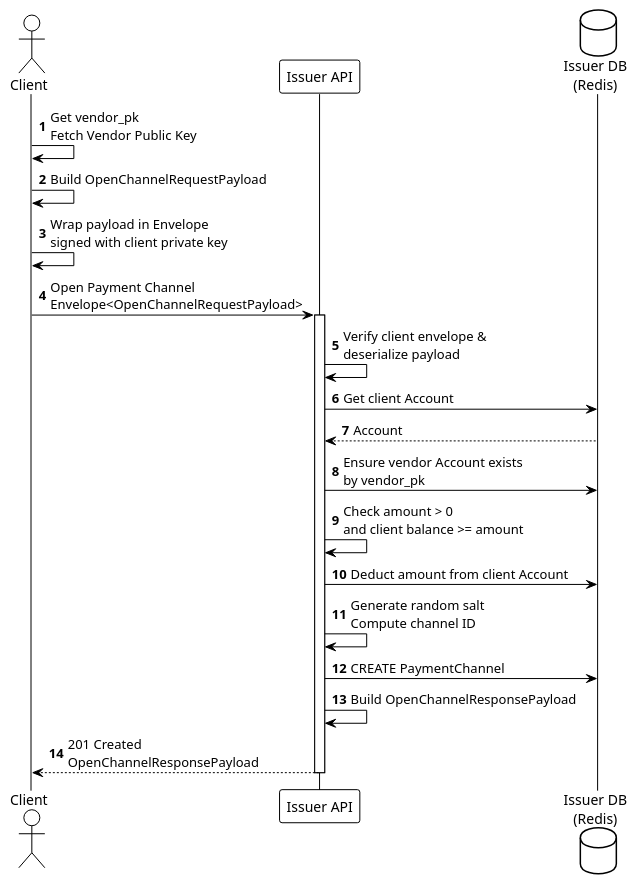
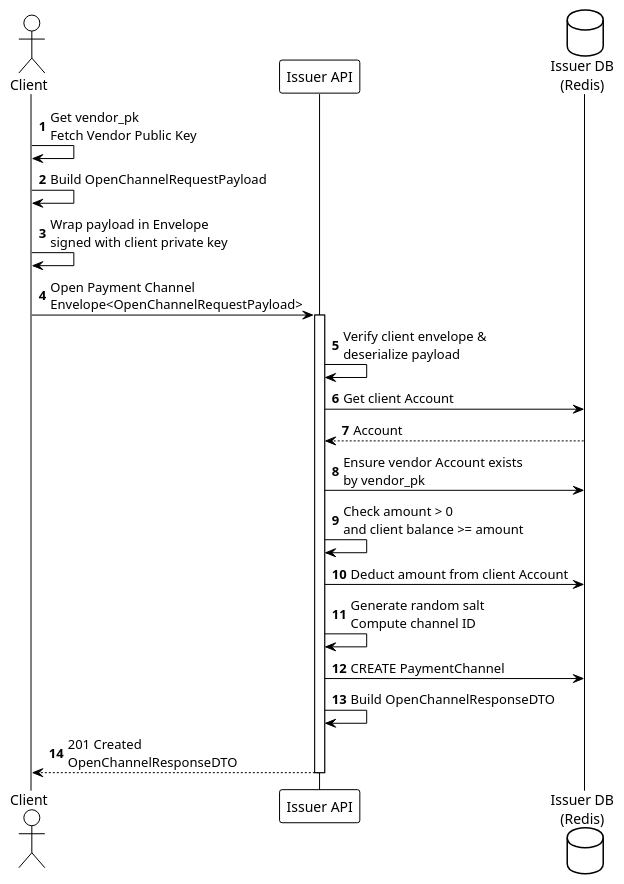
One commit to otaviootavio/nanomoni changed the diagram in umls/phase1b-channel-opening.puml. Above: the diagram before and after it, drawn with PlantUML. The commit also changed 23 other files, not shown here.

```diff
--- a/umls/phase1b-channel-opening.puml
+++ b/umls/phase1b-channel-opening.puml
@@ -1,36 +1,36 @@
 @startuml Phase1b_Channel_Opening
 
 !theme plain
 autonumber
 
 actor "Client" as Client
 participant "Issuer API" as Issuer
 database "Issuer DB\n(Redis)" as IssuerDB
 
 Client -> Client: Get vendor_pk\nFetch Vendor Public Key
 
 Client -> Client: Build OpenChannelRequestPayload
 Client -> Client: Wrap payload in Envelope\nsigned with client private key
 
 Client -> Issuer: Open Payment Channel\nEnvelope<OpenChannelRequestPayload>
 activate Issuer
 
 Issuer -> Issuer: Verify client envelope &\ndeserialize payload
 
 
 Issuer -> IssuerDB: Get client Account
 IssuerDB --> Issuer: Account
 
 Issuer -> IssuerDB: Ensure vendor Account exists\nby vendor_pk
 
 Issuer -> Issuer: Check amount > 0\nand client balance >= amount
 Issuer -> IssuerDB: Deduct amount from client Account
 
 Issuer -> Issuer: Generate random salt\nCompute channel ID
 Issuer -> IssuerDB: CREATE PaymentChannel
 
-Issuer -> Issuer: Build OpenChannelResponsePayload
-Issuer --> Client: 201 Created\nOpenChannelResponsePayload
+Issuer -> Issuer: Build OpenChannelResponseDTO
+Issuer --> Client: 201 Created\nOpenChannelResponseDTO
 deactivate Issuer
 
 @enduml
```
